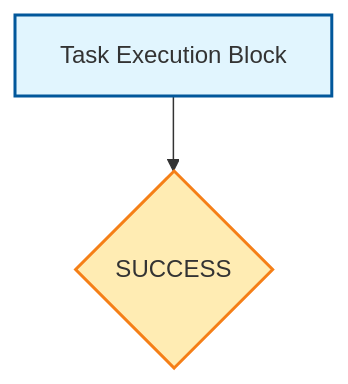
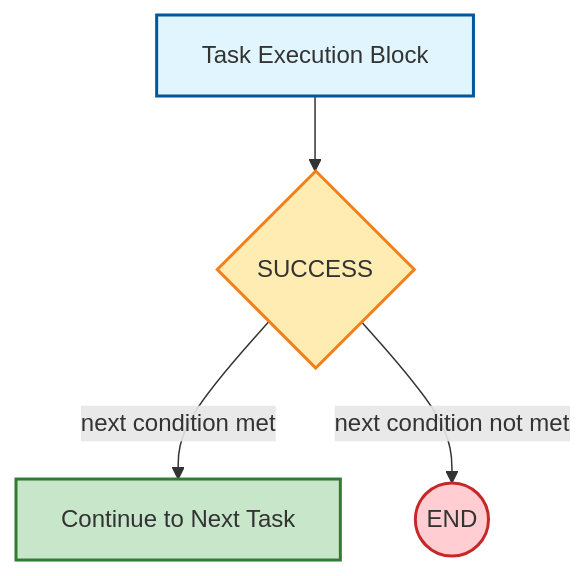
The second of 5 diagrams in TaskER_FlowChart.md (bastelbude1/Tasker), drawn with Mermaid before and after one commit. The commit also changed other lines of this file, not shown here.

First line of the commit message:
🔄 Split Success Check into two distinct flow control types

````diff
--- a/TaskER_FlowChart.md
+++ b/TaskER_FlowChart.md
@@ -53,7 +53,11 @@
 ```mermaid
 flowchart TD
     A[Task Execution Block] --> B{SUCCESS}
+    B -->|next condition met| C[Continue to Next Task]
+    B -->|next condition not met| D((END))
 
     style A fill:#e1f5fe,stroke:#01579b,stroke-width:2px
     style B fill:#ffecb3,stroke:#f57f17,stroke-width:2px
+    style C fill:#c8e6c9,stroke:#2e7d32,stroke-width:2px
+    style D fill:#ffcdd2,stroke:#c62828,stroke-width:2px
 ```
````
